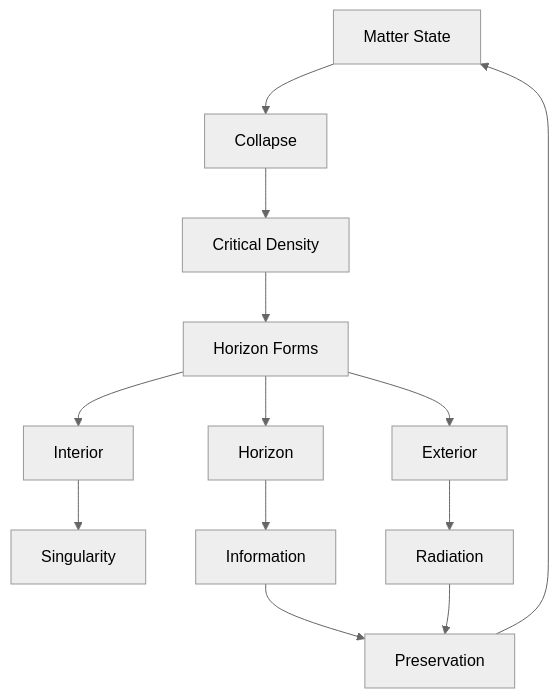
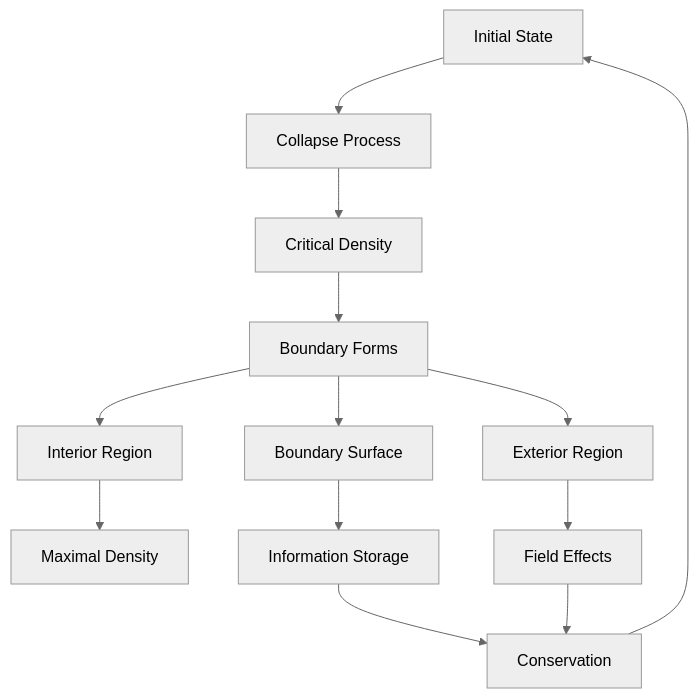
One commit to loning/the-phys changed the first of 2 diagrams in docs/psi-structum/book-1-collapse-ontology/part-04-quantum-gravity/chapter-051-black-hole-maximal-collapse.md. Above: the diagram before and after it, drawn with Mermaid (neutral theme). The commit also changed other lines of this file and 11 other files, not shown here.

````diff
--- a/docs/psi-structum/book-1-collapse-ontology/part-04-quantum-gravity/chapter-051-black-hole-maximal-collapse.md
+++ b/docs/psi-structum/book-1-collapse-ontology/part-04-quantum-gravity/chapter-051-black-hole-maximal-collapse.md
@@ -67,15 +77,15 @@
 ```mermaid
 graph TD
-    A[Matter State] --> B[Collapse]
+    A[Initial State] --> B[Collapse Process]
     B --> C[Critical Density]
-    C --> D[Horizon Forms]
-    D --> E[Interior]
-    D --> F[Horizon]
-    D --> G[Exterior]
-    E --> H[Singularity]
-    F --> I[Information]
-    G --> J[Radiation]
-    I --> K[Preservation]
+    C --> D[Boundary Forms]
+    D --> E[Interior Region]
+    D --> F[Boundary Surface]
+    D --> G[Exterior Region]
+    E --> H[Maximal Density]
+    F --> I[Information Storage]
+    G --> J[Field Effects]
+    I --> K[Conservation]
     J --> K
     K --> A
 ```
````
